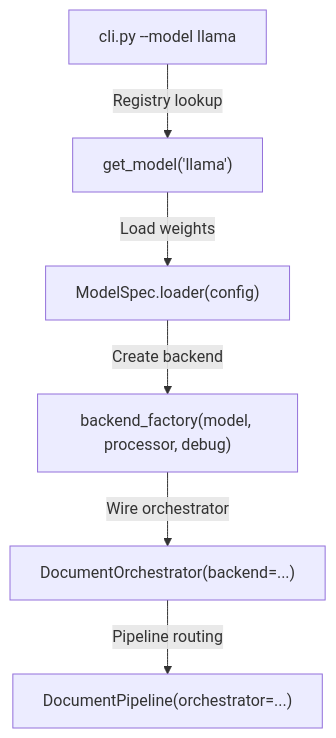
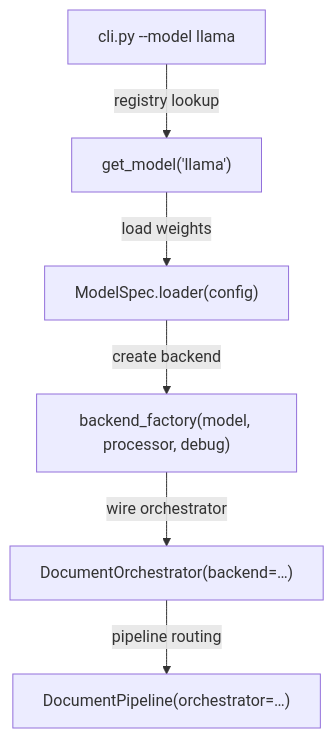
The fourth of 6 diagrams in README.md (tmnestor/LMM_POC), drawn with Mermaid before and after one commit. The commit also changed other lines of this file, not shown here.

Commit message:
docs: rewrite README for agentic extraction engine architecture

````diff
--- a/README.md
+++ b/README.md
@@ -662,15 +704,15 @@
 ```mermaid
 graph TD
     A["cli.py --model llama"]
     B["get_model('llama')"]
     C["ModelSpec.loader(config)"]
     D["backend_factory(model, processor, debug)"]
-    E["DocumentOrchestrator(backend=...)"]
-    F["DocumentPipeline(orchestrator=...)"]
+    E["DocumentOrchestrator(backend=…)"]
+    F["DocumentPipeline(orchestrator=…)"]
 
-    A -->|"Registry lookup"| B
-    B -->|"Load weights"| C
-    C -->|"Create backend"| D
-    D -->|"Wire orchestrator"| E
-    E -->|"Pipeline routing"| F
+    A -->|registry lookup| B
+    B -->|load weights| C
+    C -->|create backend| D
+    D -->|wire orchestrator| E
+    E -->|pipeline routing| F
 ```
````
